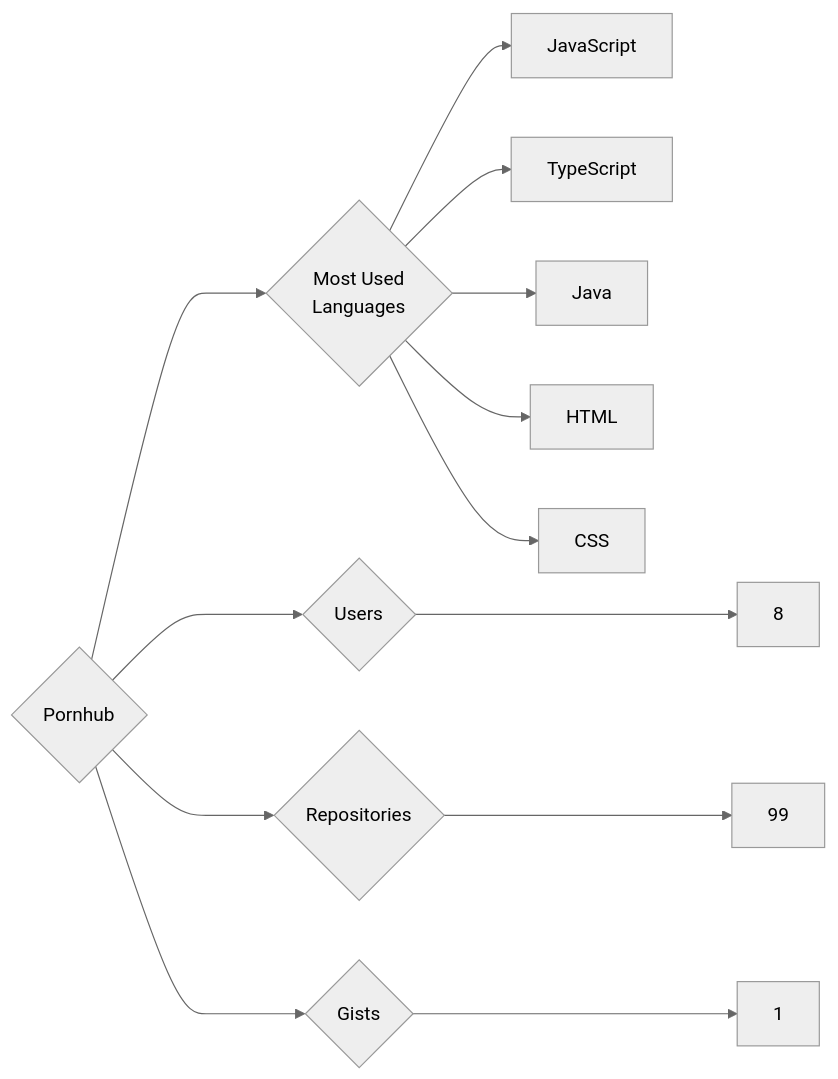
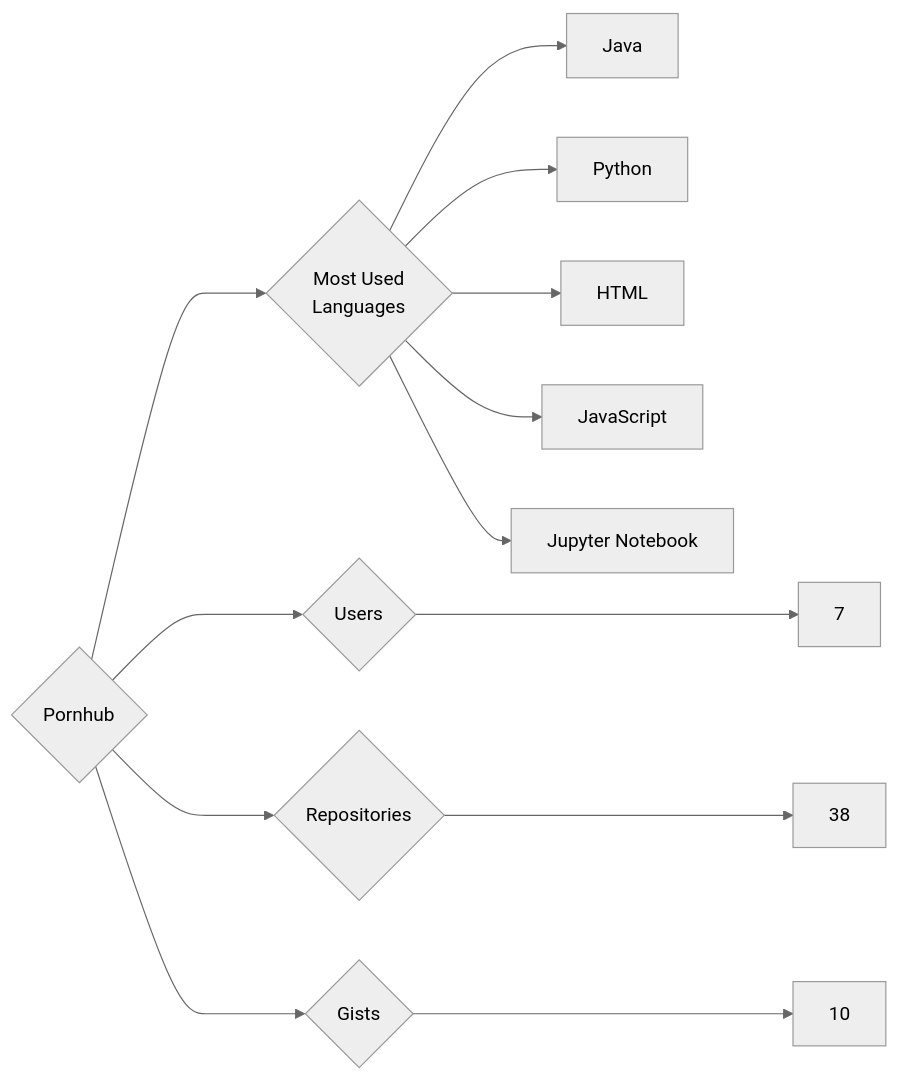
One commit to trickest/insiders changed the diagram in targets/Pornhub/README.md. Above: the diagram before and after it, drawn with Mermaid (neutral theme). The commit also changed 920 other files, not shown here.

````diff
--- a/targets/Pornhub/README.md
+++ b/targets/Pornhub/README.md
@@ -3,13 +3,13 @@
 ```mermaid
 graph LR
 COMPANY_NAME{Pornhub}
-COMPANY_NAME ---> U{Users} ---> UN[8]
-COMPANY_NAME ---> R{Repositories} ---> RN[99]
-COMPANY_NAME ---> G{Gists} ---> GN[1]
+COMPANY_NAME ---> U{Users} ---> UN[7]
+COMPANY_NAME ---> R{Repositories} ---> RN[38]
+COMPANY_NAME ---> G{Gists} ---> GN[10]
 COMPANY_NAME ---> ML{Most Used<br>Languages}
+ML --> Java[Java]
+ML --> Python[Python]
+ML --> HTML[HTML]
 ML --> JavaScript[JavaScript]
-ML --> TypeScript[TypeScript]
-ML --> Java[Java]
-ML --> HTML[HTML]
-ML --> CSS[CSS]
+ML --> Jupyter_Notebook[Jupyter Notebook]
 ```
````
